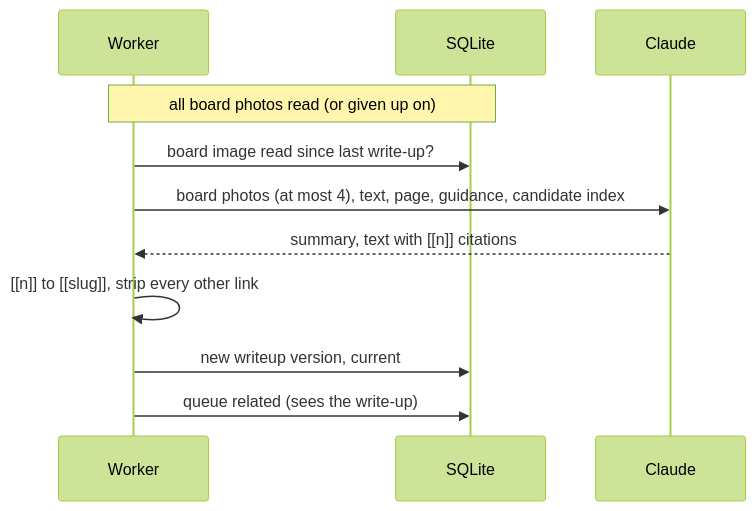
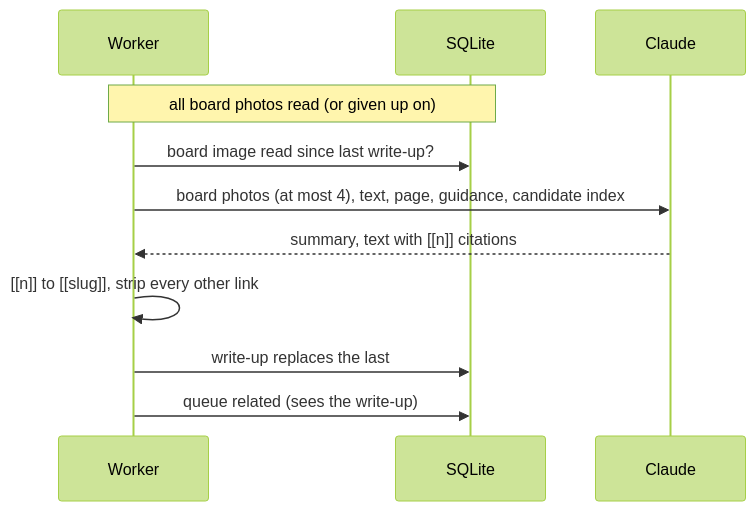
The fifth of 6 diagrams in docs/explanations/ingest.md (gilesknap/scrap), drawn with Mermaid (forest theme) before and after one commit. The commit also changed other lines of this file and 46 other files, not shown here.

First line of the commit message:
Generated content keeps only its current version (#425) (#426)

````diff
--- a/docs/explanations/ingest.md
+++ b/docs/explanations/ingest.md
@@ -736,14 +738,14 @@
 ```mermaid
 sequenceDiagram
     participant W as Worker
     participant DB as SQLite
     participant CL as Claude
 
     Note over W,DB: all board photos read (or given up on)
     W->>DB: board image read since last write-up?
     W->>CL: board photos (at most 4), text, page, guidance, candidate index
     CL-->>W: summary, text with [[n]] citations
     W->>W: [[n]] to [[slug]], strip every other link
-    W->>DB: new writeup version, current
+    W->>DB: write-up replaces the last
     W->>DB: queue related (sees the write-up)
 ```
````
